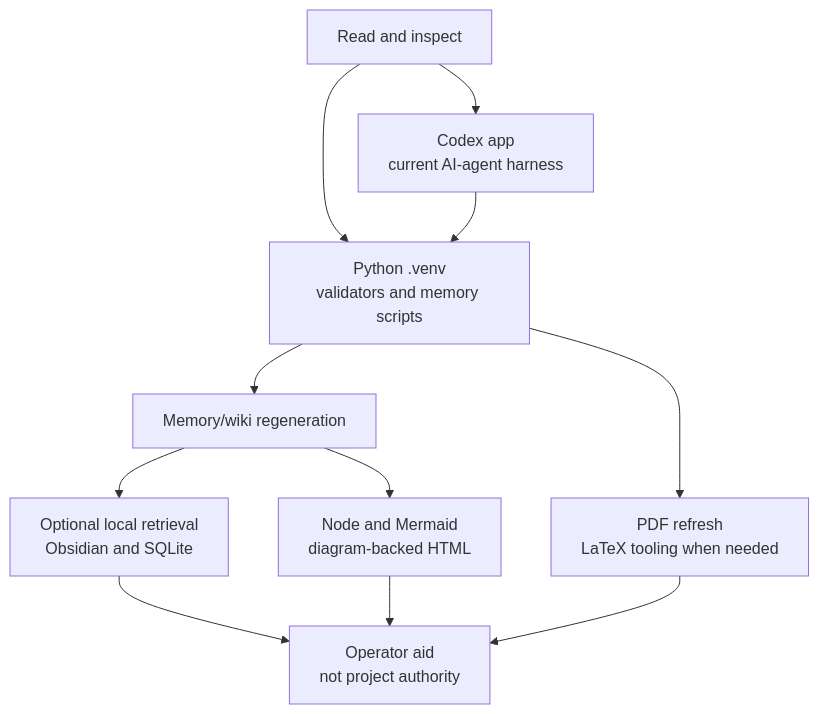
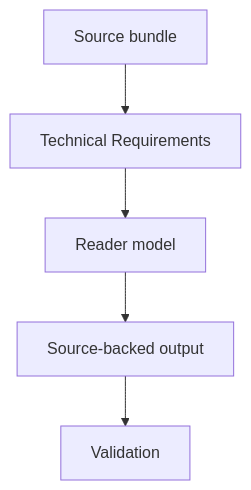
The diagram in github-facing/technical-requirements-explainer.md (AngryOwlAI/The-AEther-Flow), drawn with Mermaid before and after one commit. The commit also changed other lines of this file and 197 other files, not shown here.

````diff
--- a/github-facing/technical-requirements-explainer.md
+++ b/github-facing/technical-requirements-explainer.md
@@ -13,13 +16,7 @@
 ```mermaid
 flowchart TD
-  Read["Read and inspect"] --> Python["Python .venv<br/>validators and memory scripts"]
-  Read --> Codex["Codex app<br/>current AI-agent harness"]
-  Codex --> Python
-  Python --> Bootstrap["Memory/wiki regeneration"]
-  Bootstrap --> Mermaid["Node and Mermaid<br/>diagram-backed HTML"]
-  Bootstrap --> Retrieval["Optional local retrieval<br/>Obsidian and SQLite"]
-  Python --> Pdf["PDF refresh<br/>LaTeX tooling when needed"]
-  Retrieval --> Boundary["Operator aid<br/>not project authority"]
-  Mermaid --> Boundary
-  Pdf --> Boundary
+  A["Source bundle"] --> B["Technical Requirements"]
+  B["Technical Requirements"] --> C["Reader model"]
+  C["Reader model"] --> D["Source-backed output"]
+  D["Source-backed output"] --> E["Validation"]
 ```
````
